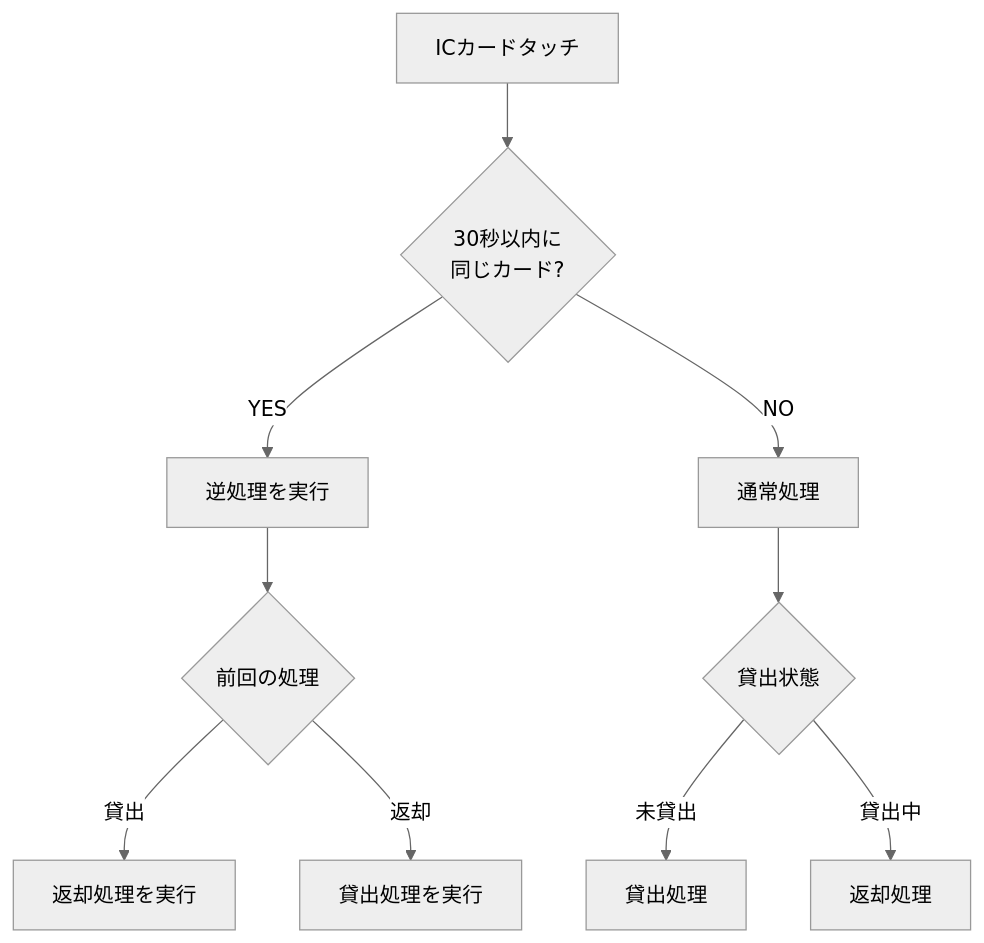
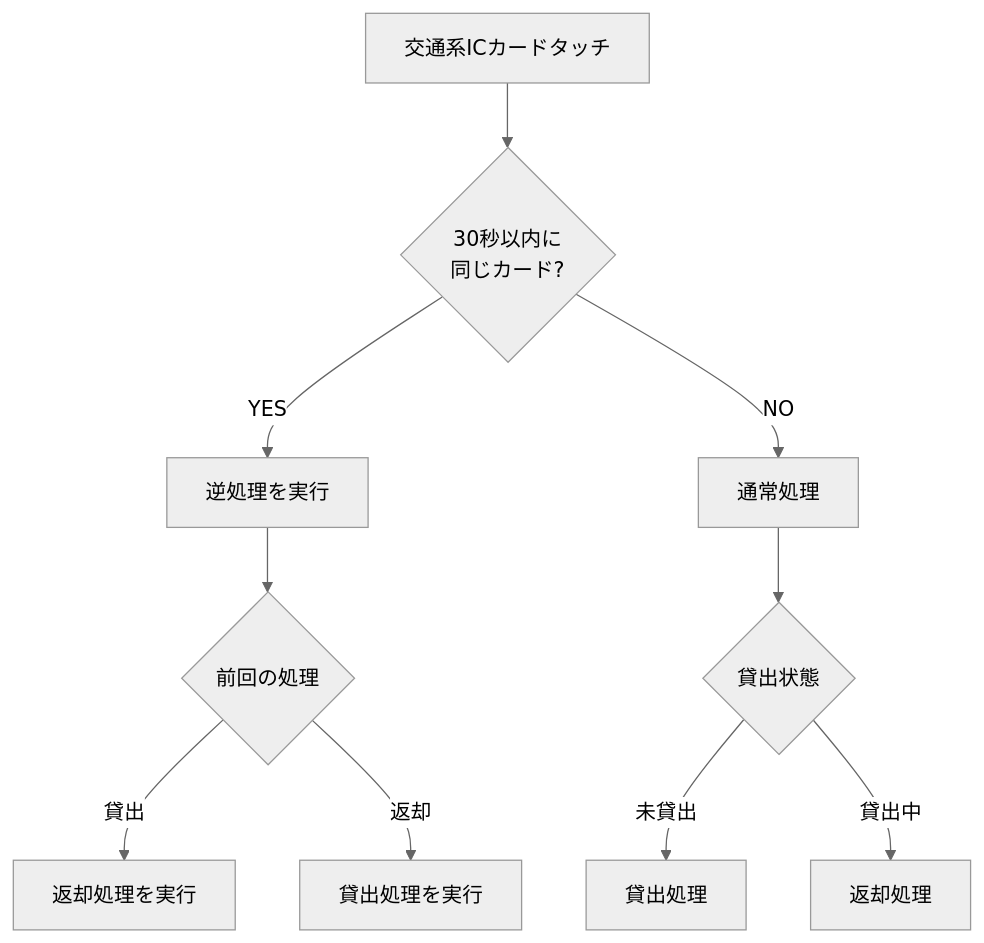
One commit to kuwayamamasayuki/ICCardManager changed the third of 7 diagrams in ICCardManager/docs/design/04_機能設計書.md. Above: the diagram before and after it, drawn with Mermaid (neutral theme). The commit also changed other lines of this file and 9 other files, not shown here.

````diff
--- a/ICCardManager/docs/design/04_機能設計書.md
+++ b/ICCardManager/docs/design/04_機能設計書.md
@@ -100,14 +179,14 @@
 ```mermaid
 flowchart TD
-    TOUCH[ICカードタッチ] --> CHECK_30SEC{30秒以内に<br>同じカード?}
+    TOUCH[交通系ICカードタッチ] --> CHECK_30SEC{30秒以内に<br>同じカード?}
     CHECK_30SEC -->|YES| REVERSE[逆処理を実行]
     CHECK_30SEC -->|NO| NORMAL[通常処理]
 
     REVERSE --> WAS_LEND{前回の処理}
     WAS_LEND -->|貸出| DO_RETURN[返却処理を実行]
     WAS_LEND -->|返却| DO_LEND[貸出処理を実行]
 
     NORMAL --> IS_LENT{貸出状態}
     IS_LENT -->|未貸出| DO_LEND2[貸出処理]
     IS_LENT -->|貸出中| DO_RETURN2[返却処理]
 ```
````
